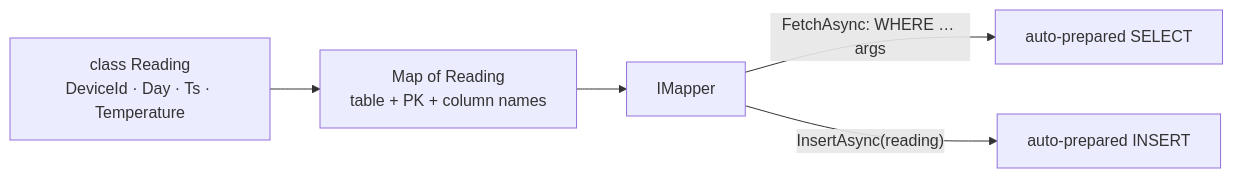
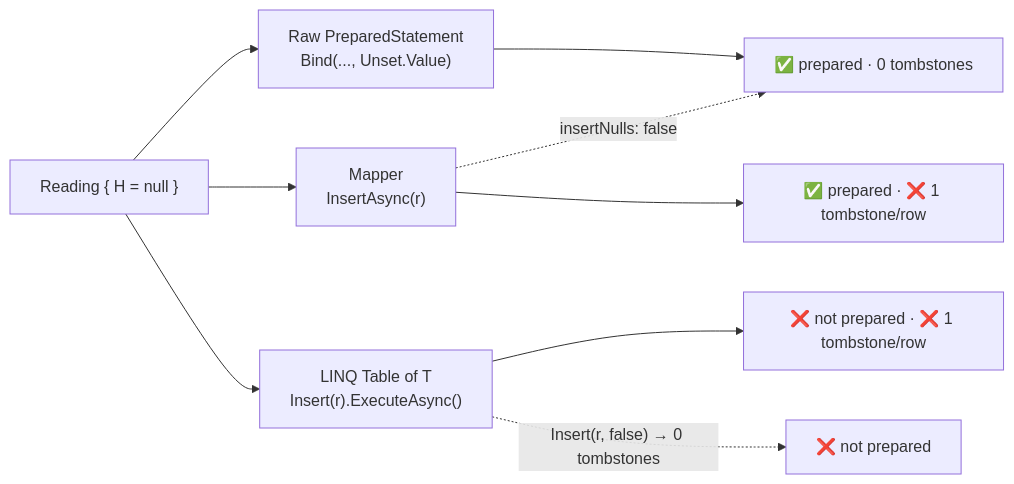
One commit to wesamkhateeb98-creator/cassandra-guide changed the diagram in docs/07-cql-dotnet/07-dotnet-mapper.md. Above: the diagram before and after it, drawn with Mermaid. The commit also changed other lines of this file and 1 other file, not shown here.

Commit message:
Compare raw, Mapper and LINQ with measured prepared statements and tombstones

````diff
--- a/docs/07-cql-dotnet/07-dotnet-mapper.md
+++ b/docs/07-cql-dotnet/07-dotnet-mapper.md
@@ -11,7 +11,11 @@
 ```mermaid
 flowchart LR
-    POCO["class Reading<br/>DeviceId · Day · Ts · Temperature"] --> MAP["Map of Reading<br/>table + PK + column names"]
-    MAP --> M["IMapper"]
-    M -->|"FetchAsync: WHERE … args"| PS[auto-prepared SELECT]
-    M -->|"InsertAsync(reading)"| PI[auto-prepared INSERT]
+    POCO["Reading { H = null }"] --> RAW["Raw PreparedStatement<br/>Bind(..., Unset.Value)"]
+    POCO --> MAP["Mapper<br/>InsertAsync(r)"]
+    POCO --> LINQ["LINQ Table of T<br/>Insert(r).ExecuteAsync()"]
+    RAW --> OK["✅ prepared · 0 tombstones"]
+    MAP --> T1["✅ prepared · ❌ 1 tombstone/row"]
+    LINQ --> T2["❌ not prepared · ❌ 1 tombstone/row"]
+    MAP -.->|"insertNulls: false"| OK
+    LINQ -.->|"Insert(r, false) → 0 tombstones"| T3["❌ not prepared"]
 ```
````
